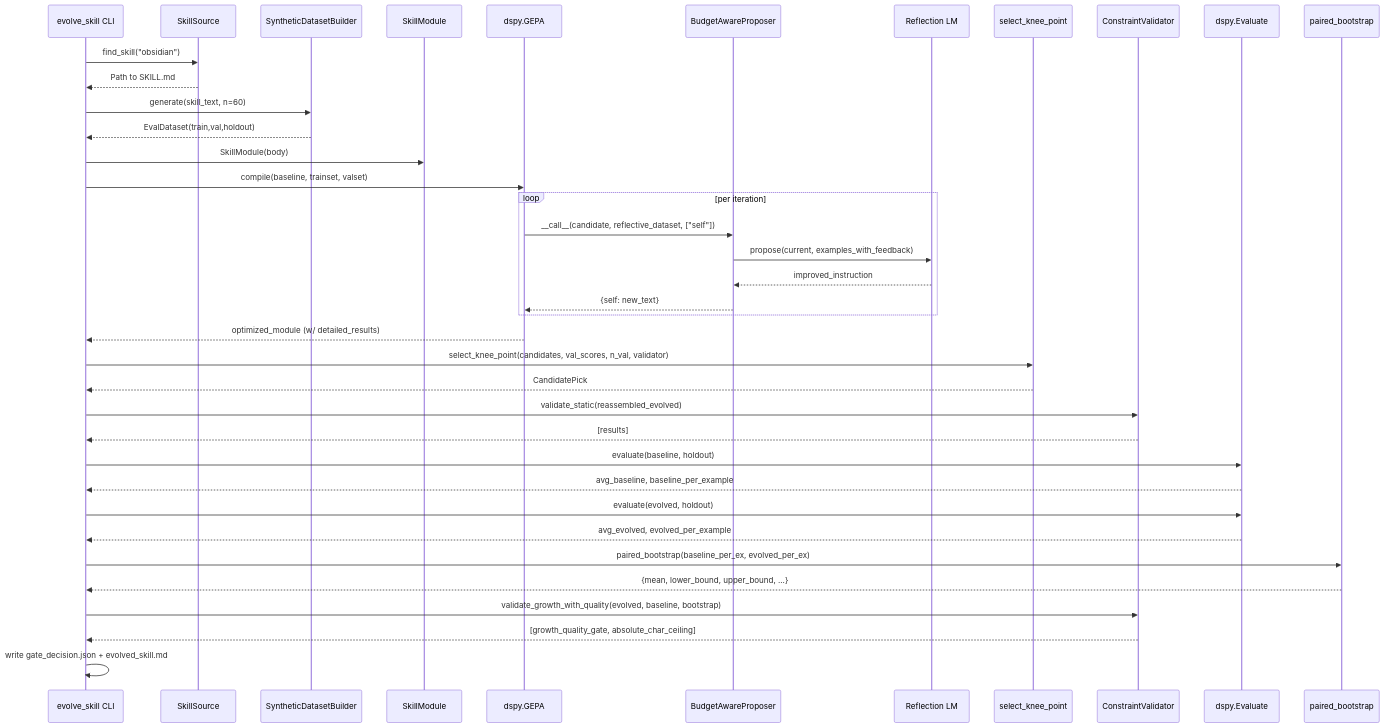
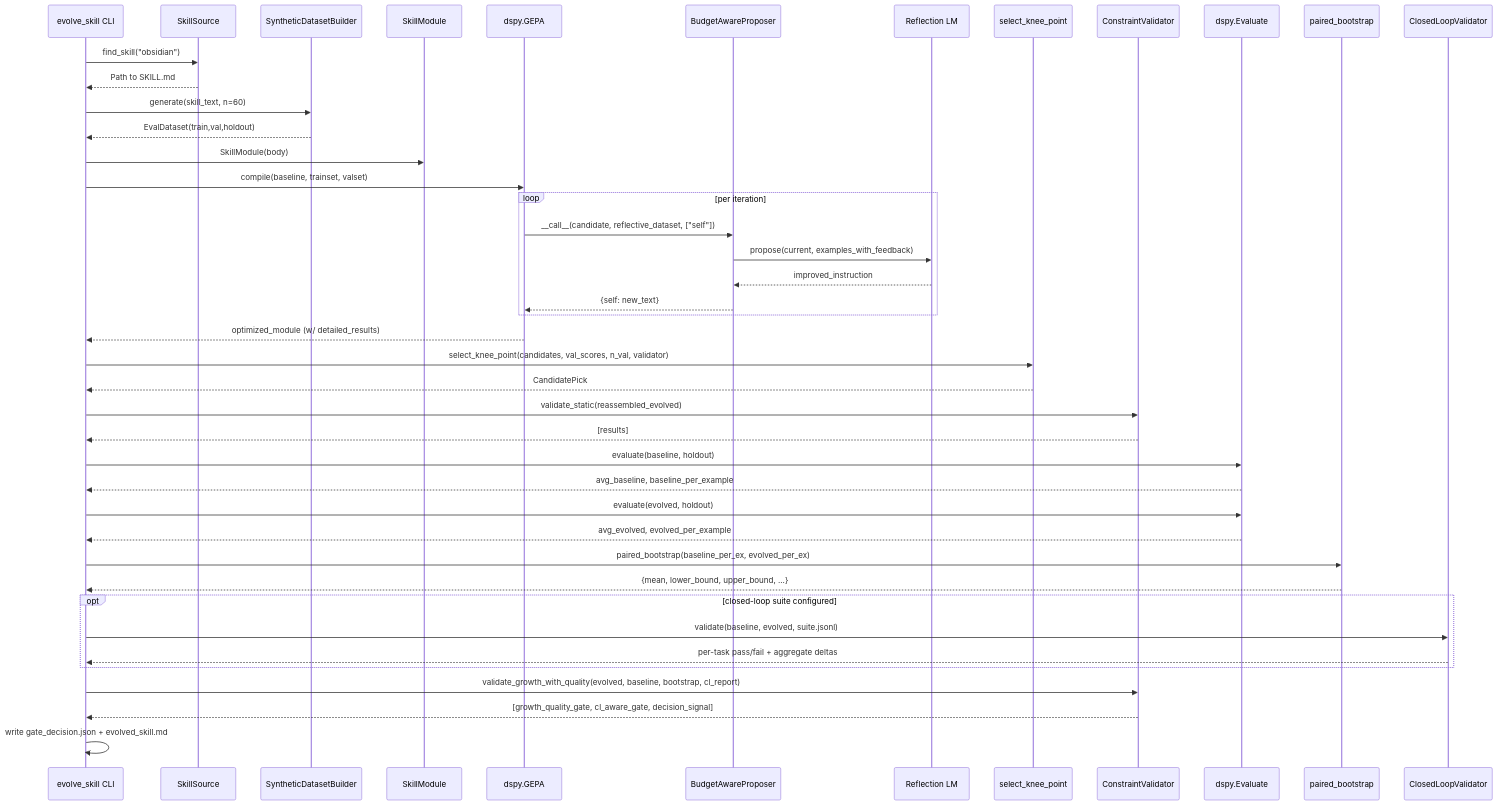
One commit to NousResearch/hermes-agent-self-evolution changed the third of 3 diagrams in docs/architecture.md. Above: the diagram before and after it, drawn with Mermaid. The commit also changed other lines of this file and 5 other files, not shown here.

````diff
--- a/docs/architecture.md
+++ b/docs/architecture.md
@@ -185,41 +187,46 @@
 ```mermaid
 sequenceDiagram
     participant CLI as evolve_skill CLI
     participant Disc as SkillSource
     participant DS as SyntheticDatasetBuilder
     participant SM as SkillModule
     participant GEPA as dspy.GEPA
     participant Prop as BudgetAwareProposer
     participant Refl as Reflection LM
     participant Knee as select_knee_point
     participant Val as ConstraintValidator
     participant Eval as dspy.Evaluate
     participant Boot as paired_bootstrap
+    participant CLV as ClosedLoopValidator
 
     CLI->>Disc: find_skill("obsidian")
     Disc-->>CLI: Path to SKILL.md
     CLI->>DS: generate(skill_text, n=60)
     DS-->>CLI: EvalDataset(train,val,holdout)
     CLI->>SM: SkillModule(body)
     CLI->>GEPA: compile(baseline, trainset, valset)
     loop per iteration
         GEPA->>Prop: __call__(candidate, reflective_dataset, ["self"])
         Prop->>Refl: propose(current, examples_with_feedback)
         Refl-->>Prop: improved_instruction
         Prop-->>GEPA: {self: new_text}
     end
     GEPA-->>CLI: optimized_module (w/ detailed_results)
     CLI->>Knee: select_knee_point(candidates, val_scores, n_val, validator)
     Knee-->>CLI: CandidatePick
     CLI->>Val: validate_static(reassembled_evolved)
     Val-->>CLI: [results]
     CLI->>Eval: evaluate(baseline, holdout)
     Eval-->>CLI: avg_baseline, baseline_per_example
     CLI->>Eval: evaluate(evolved, holdout)
     Eval-->>CLI: avg_evolved, evolved_per_example
     CLI->>Boot: paired_bootstrap(baseline_per_ex, evolved_per_ex)
     Boot-->>CLI: {mean, lower_bound, upper_bound, ...}
-    CLI->>Val: validate_growth_with_quality(evolved, baseline, bootstrap)
-    Val-->>CLI: [growth_quality_gate, absolute_char_ceiling]
+    opt closed-loop suite configured
+        CLI->>CLV: validate(baseline, evolved, suite.jsonl)
+        CLV-->>CLI: per-task pass/fail + aggregate deltas
+    end
+    CLI->>Val: validate_growth_with_quality(evolved, baseline, bootstrap, cl_report)
+    Val-->>CLI: [growth_quality_gate, cl_aware_gate, decision_signal]
     CLI->>CLI: write gate_decision.json + evolved_skill.md
 ```
````
